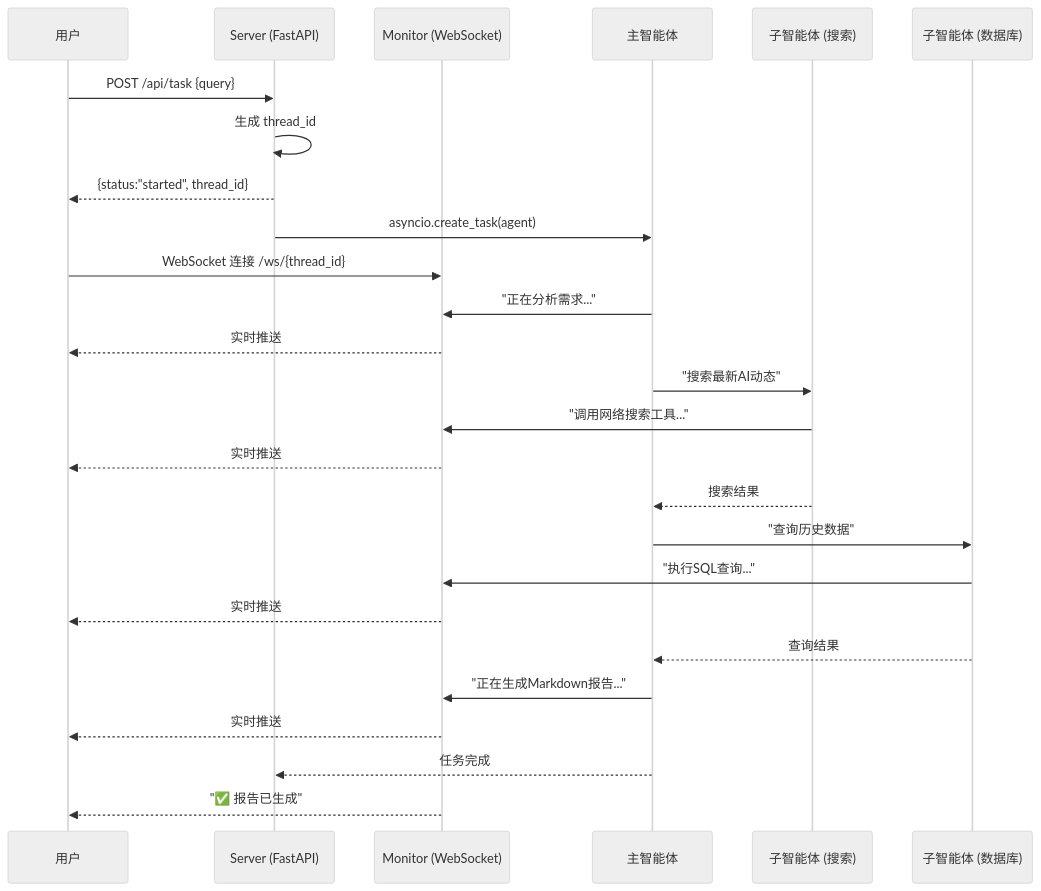
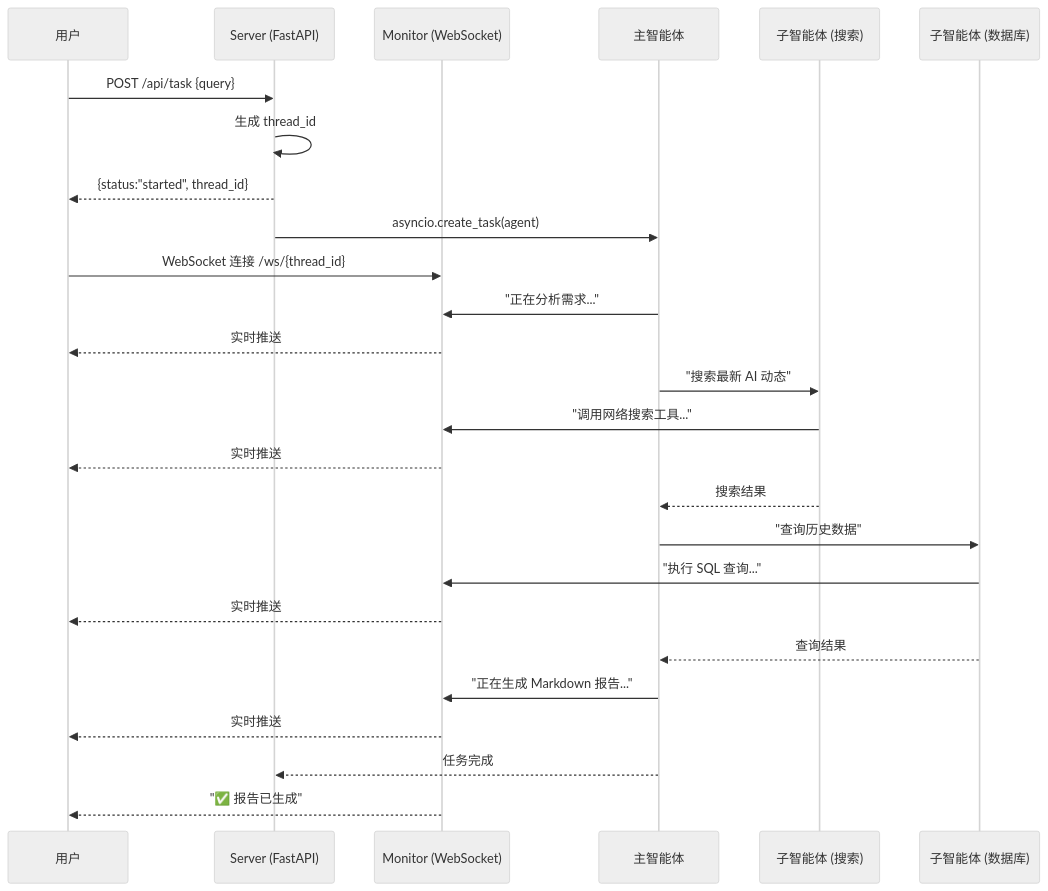
The second of 2 diagrams in README.md (scoffee16/Multiagent_search), drawn with Mermaid (neutral theme) before and after one commit. The commit also changed other lines of this file and 4 other files, not shown here.

````diff
--- a/README.md
+++ b/README.md
@@ -56,34 +76,34 @@
 ```mermaid
 sequenceDiagram
     participant U as 用户
     participant S as Server (FastAPI)
     participant M as Monitor (WebSocket)
     participant A as 主智能体
     participant T1 as 子智能体 (搜索)
     participant T2 as 子智能体 (数据库)
 
     U->>S: POST /api/task {query}
     S->>S: 生成 thread_id
     S-->>U: {status:"started", thread_id}
     S->>A: asyncio.create_task(agent)
 
     U->>M: WebSocket 连接 /ws/{thread_id}
 
     A->>M: "正在分析需求..."
     M-->>U: 实时推送
 
-    A->>T1: "搜索最新AI动态"
+    A->>T1: "搜索最新 AI 动态"
     T1->>M: "调用网络搜索工具..."
     M-->>U: 实时推送
     T1-->>A: 搜索结果
 
     A->>T2: "查询历史数据"
-    T2->>M: "执行SQL查询..."
+    T2->>M: "执行 SQL 查询..."
     M-->>U: 实时推送
     T2-->>A: 查询结果
 
-    A->>M: "正在生成Markdown报告..."
+    A->>M: "正在生成 Markdown 报告..."
     M-->>U: 实时推送
     A-->>S: 任务完成
     M-->>U: "✅ 报告已生成"
 ```
````
